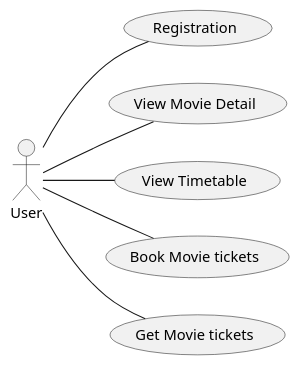
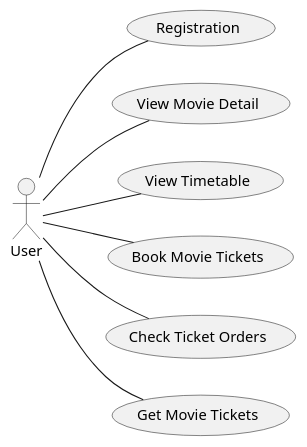
The diagram in diagram/useCase.pu (b4456609/movie-example), drawn with PlantUML before and after one commit. The commit also changed 2 other files, not shown here.

```diff
--- a/diagram/useCase.pu
+++ b/diagram/useCase.pu
@@ -1,8 +1,9 @@
 @startuml
 left to right direction
 :User: -- (Registration)
 :User: -- (View Movie Detail)
 :User: -- (View Timetable)
-:User: -- (Book Movie tickets)
-:User: -- (Get Movie tickets)
+:User: -- (Book Movie Tickets)
+:User: -- (Check Ticket Orders)
+:User: -- (Get Movie Tickets)
 @enduml
```
